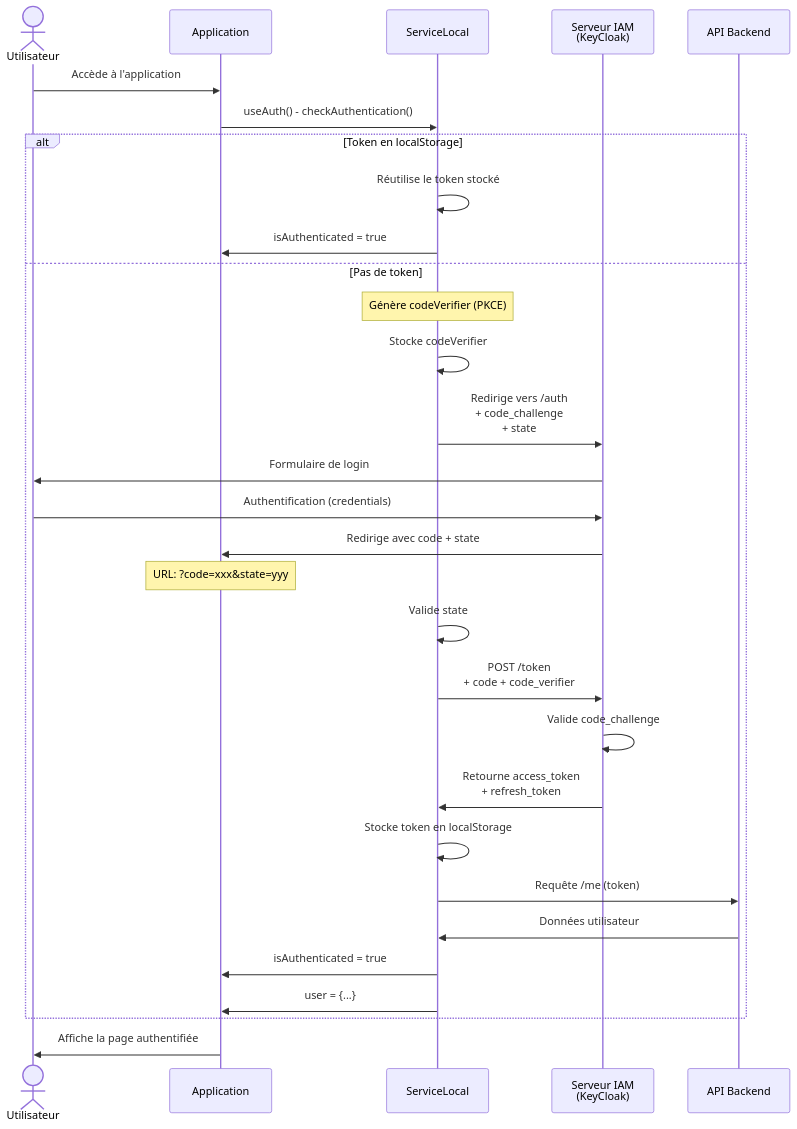
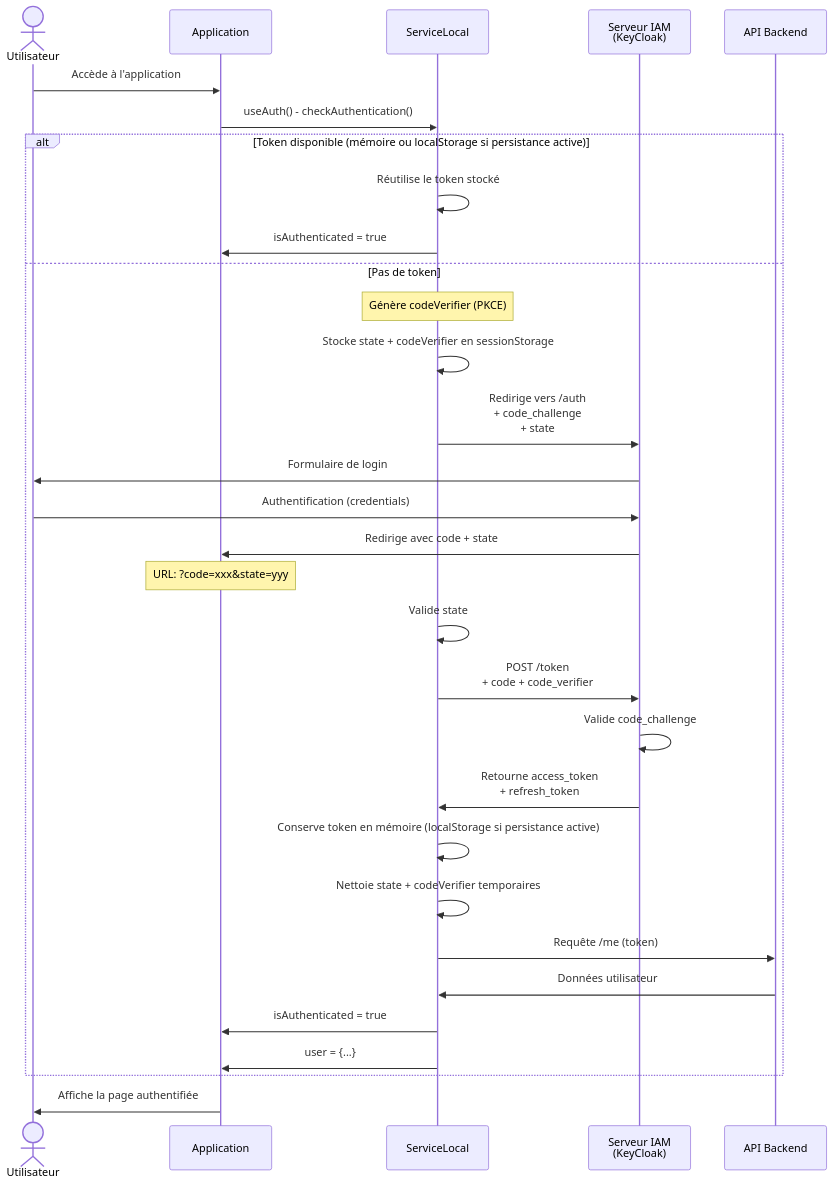
The first of 3 diagrams in docs/authentication-sequence.md (IGNF/cartes.gouv.fr-service), drawn with Mermaid before and after one commit. The commit also changed other lines of this file and 36 other files, not shown here.

````diff
--- a/docs/authentication-sequence.md
+++ b/docs/authentication-sequence.md
@@ -11,40 +17,41 @@
 ```mermaid
 sequenceDiagram
     actor User as Utilisateur
     participant App as Application
     participant Service as ServiceLocal
     participant KeyCloak as Serveur IAM<br/>(KeyCloak)
     participant API as API Backend
 
     User->>App: Accède à l'application
     App->>Service: useAuth() - checkAuthentication()
     
-    alt Token en localStorage
+    alt Token disponible (mémoire ou localStorage si persistance active)
         Service->>Service: Réutilise le token stocké
         Service->>App: isAuthenticated = true
     else Pas de token
         Note over Service: Génère codeVerifier (PKCE)
-        Service->>Service: Stocke codeVerifier
+        Service->>Service: Stocke state + codeVerifier en sessionStorage
         
         Service->>KeyCloak: Redirige vers /auth<br/>+ code_challenge<br/>+ state
         KeyCloak->>User: Formulaire de login
         User->>KeyCloak: Authentification (credentials)
         
         KeyCloak->>App: Redirige avec code + state
         Note over App: URL: ?code=xxx&state=yyy
         
         Service->>Service: Valide state
         Service->>KeyCloak: POST /token<br/>+ code + code_verifier
         KeyCloak->>KeyCloak: Valide code_challenge
         KeyCloak->>Service: Retourne access_token<br/>+ refresh_token
         
-        Service->>Service: Stocke token en localStorage
+        Service->>Service: Conserve token en mémoire (localStorage si persistance active)
+        Service->>Service: Nettoie state + codeVerifier temporaires
         Service->>API: Requête /me (token)
         API->>Service: Données utilisateur
         
         Service->>App: isAuthenticated = true
         Service->>App: user = {...}
     end
     
     App->>User: Affiche la page authentifiée
 ```
````
